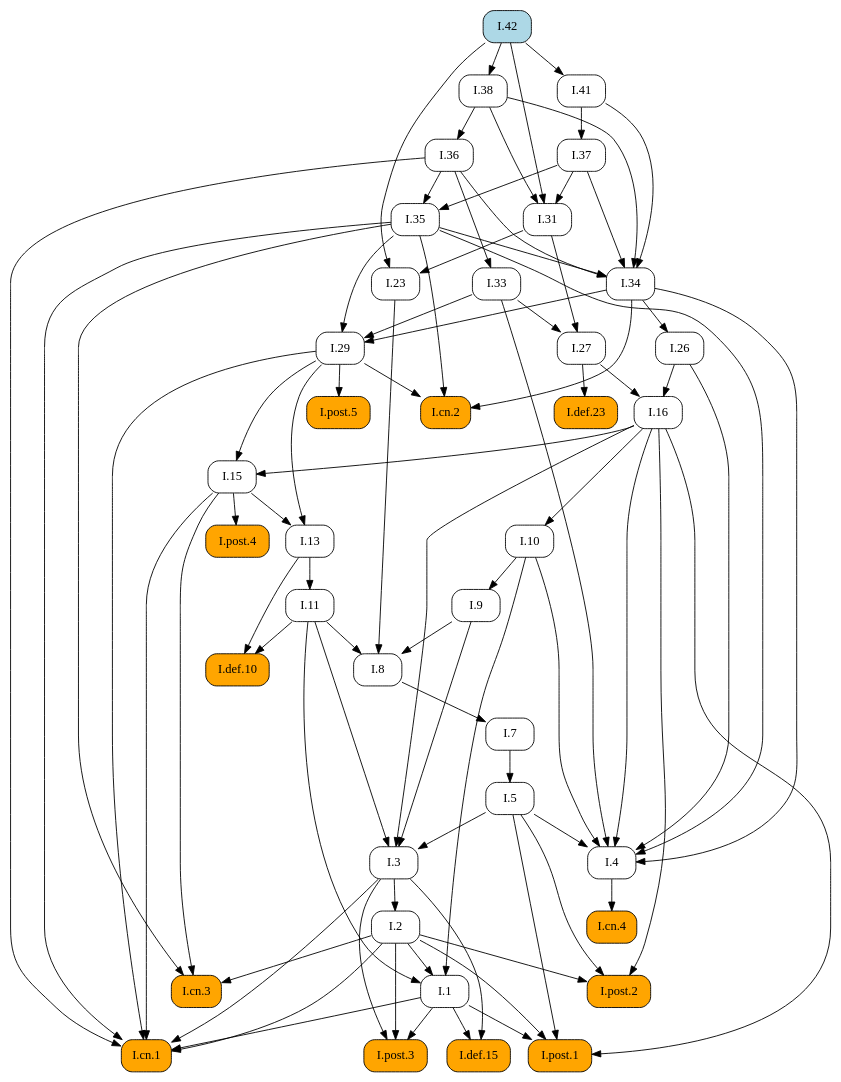
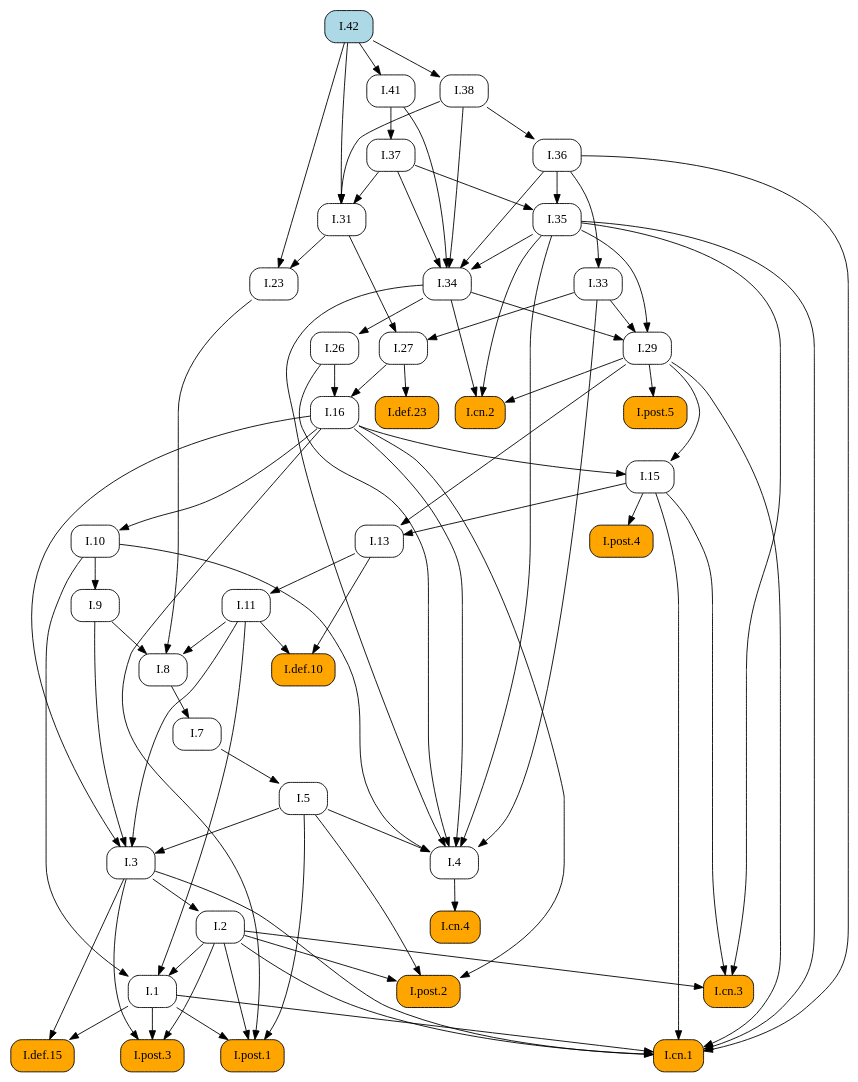
One commit to geometor/elements changed the diagram in docsrc/elements2/I/42/index.rst. Above: the diagram before and after it, drawn with Graphviz. The commit also changed other lines of this file and 409 other files, not shown here.

First line of the commit message:
feat: Add image cropping and graphic extraction script

```diff
--- a/docsrc/elements2/I/42/index.rst
+++ b/docsrc/elements2/I/42/index.rst
@@ -42,85 +42,56 @@
    digraph {
      rankdir="TB";
      node [shape=box, style=rounded];
+     "I.37" [URL="/elements2/I/37/", target="_top"];
+     "I.31" [URL="/elements2/I/31/", target="_top"];
+     "I.41" [URL="/elements2/I/41/", target="_top"];
      "I.8" [URL="/elements2/I/8/", target="_top"];
+     "I.5" [URL="/elements2/I/5/", target="_top"];
+     "I.15" [URL="/elements2/I/15/", target="_top"];
+     "I.26" [URL="/elements2/I/26/", target="_top"];
+     "I.cn.1" [style="rounded,filled", fillcolor=orange, URL="/elements2/I/cn.1/", target="_top"];
+     "I.7" [URL="/elements2/I/7/", target="_top"];
+     "I.23" [URL="/elements2/I/23/", target="_top"];
+     "I.16" [URL="/elements2/I/16/", target="_top"];
+     "I.35" [URL="/elements2/I/35/", target="_top"];
+     "I.34" [URL="/elements2/I/34/", target="_top"];
+     "I.33" [URL="/elements2/I/33/", target="_top"];
+     "I.def.15" [style="rounded,filled", fillcolor=orange, URL="/elements2/I/def.15/", target="_top"];
+     "I.42" [style="rounded,filled", fillcolor=lightblue, URL="/elements2/I/42/", target="_top"];
+     "I.38" [URL="/elements2/I/38/", target="_top"];
+     "I.post.4" [style="rounded,filled", fillcolor=orange, URL="/elements2/I/post.4/", target="_top"];
+     "I.def.23" [style="rounded,filled", fillcolor=orange, URL="/elements2/I/def.23/", target="_top"];
+     "I.11" [URL="/elements2/I/11/", target="_top"];
+     "I.def.10" [style="rounded,filled", fillcolor=orange, URL="/elements2/I/def.10/", target="_top"];
+     "I.post.5" [style="rounded,filled", fillcolor=orange, URL="/elements2/I/post.5/", target="_top"];
+     "I.3" [URL="/elements2/I/3/", target="_top"];
+     "I.10" [URL="/elements2/I/10/", target="_top"];
+     "I.cn.3" [style="rounded,filled", fillcolor=orange, URL="/elements2/I/cn.3/", target="_top"];
+     "I.13" [URL="/elements2/I/13/", target="_top"];
+     "I.4" [URL="/elements2/I/4/", target="_top"];
+     "I.post.3" [style="rounded,filled", fillcolor=orange, URL="/elements2/I/post.3/", target="_top"];
+     "I.9" [URL="/elements2/I/9/", target="_top"];
+     "I.29" [URL="/elements2/I/29/", target="_top"];
      "I.36" [URL="/elements2/I/36/", target="_top"];
      "I.post.1" [style="rounded,filled", fillcolor=orange, URL="/elements2/I/post.1/", target="_top"];
-     "I.33" [URL="/elements2/I/33/", target="_top"];
-     "I.5" [URL="/elements2/I/5/", target="_top"];
-     "I.38" [URL="/elements2/I/38/", target="_top"];
-     "I.post.5" [style="rounded,filled", fillcolor=orange, URL="/elements2/I/post.5/", target="_top"];
-     "I.def.10" [style="rounded,filled", fillcolor=orange, URL="/elements2/I/def.10/", target="_top"];
-     "I.cn.2" [style="rounded,filled", fillcolor=orange, URL="/elements2/I/cn.2/", target="_top"];
-     "I.def.15" [style="rounded,filled", fillcolor=orange, URL="/elements2/I/def.15/", target="_top"];
-     "I.31" [URL="/elements2/I/31/", target="_top"];
-     "I.11" [URL="/elements2/I/11/", target="_top"];
-     "I.3" [URL="/elements2/I/3/", target="_top"];
-     "I.def.23" [style="rounded,filled", fillcolor=orange, URL="/elements2/I/def.23/", target="_top"];
-     "I.post.2" [style="rounded,filled", fillcolor=orange, URL="/elements2/I/post.2/", target="_top"];
-     "I.26" [URL="/elements2/I/26/", target="_top"];
-     "I.cn.3" [style="rounded,filled", fillcolor=orange, URL="/elements2/I/cn.3/", target="_top"];
-     "I.cn.4" [style="rounded,filled", fillcolor=orange, URL="/elements2/I/cn.4/", target="_top"];
-     "I.1" [URL="/elements2/I/1/", target="_top"];
-     "I.7" [URL="/elements2/I/7/", target="_top"];
-     "I.42" [style="rounded,filled", fillcolor=lightblue, URL="/elements2/I/42/", target="_top"];
-     "I.9" [URL="/elements2/I/9/", target="_top"];
-     "I.cn.1" [style="rounded,filled", fillcolor=orange, URL="/elements2/I/cn.1/", target="_top"];
-     "I.29" [URL="/elements2/I/29/", target="_top"];
-     "I.16" [URL="/elements2/I/16/", target="_top"];
-     "I.post.4" [style="rounded,filled", fillcolor=orange, URL="/elements2/I/post.4/", target="_top"];
-     "I.13" [URL="/elements2/I/13/", target="_top"];
-     "I.41" [URL="/elements2/I/41/", target="_top"];
-     "I.35" [URL="/elements2/I/35/", target="_top"];
      "I.2" [URL="/elements2/I/2/", target="_top"];
      "I.27" [URL="/elements2/I/27/", target="_top"];
-     "I.37" [URL="/elements2/I/37/", target="_top"];
-     "I.4" [URL="/elements2/I/4/", target="_top"];
-     "I.10" [URL="/elements2/I/10/", target="_top"];
-     "I.15" [URL="/elements2/I/15/", target="_top"];
-     "I.34" [URL="/elements2/I/34/", target="_top"];
-     "I.23" [URL="/elements2/I/23/", target="_top"];
-     "I.post.3" [style="rounded,filled", fillcolor=orange, URL="/elements2/I/post.3/", target="_top"];
+     "I.cn.4" [style="rounded,filled", fillcolor=orange, URL="/elements2/I/cn.4/", target="_top"];
+     "I.cn.2" [style="rounded,filled", fillcolor=orange, URL="/elements2/I/cn.2/", target="_top"];
+     "I.1" [URL="/elements2/I/1/", target="_top"];
+     "I.post.2" [style="rounded,filled", fillcolor=orange, URL="/elements2/I/post.2/", target="_top"];
+     "I.41" -> "I.37";
+     "I.37" -> "I.31";
+     "I.38" -> "I.31";
+     "I.42" -> "I.31";
+     "I.42" -> "I.41";
      "I.9" -> "I.8";
      "I.11" -> "I.8";
      "I.23" -> "I.8";
-     "I.38" -> "I.36";
-     "I.1" -> "I.post.1";
-     "I.2" -> "I.post.1";
-     "I.5" -> "I.post.1";
-     "I.16" -> "I.post.1";
-     "I.36" -> "I.33";
      "I.7" -> "I.5";
-     "I.42" -> "I.38";
-     "I.29" -> "I.post.5";
-     "I.11" -> "I.def.10";
-     "I.13" -> "I.def.10";
-     "I.29" -> "I.cn.2";
-     "I.34" -> "I.cn.2";
-     "I.35" -> "I.cn.2";
-     "I.1" -> "I.def.15";
-     "I.3" -> "I.def.15";
-     "I.37" -> "I.31";
-     "I.38" -> "I.31";
-     "I.42" -> "I.31";
-     "I.13" -> "I.11";
-     "I.5" -> "I.3";
-     "I.9" -> "I.3";
-     "I.11" -> "I.3";
-     "I.16" -> "I.3";
-     "I.27" -> "I.def.23";
-     "I.2" -> "I.post.2";
-     "I.5" -> "I.post.2";
-     "I.16" -> "I.post.2";
+     "I.16" -> "I.15";
+     "I.29" -> "I.15";
      "I.34" -> "I.26";
-     "I.2" -> "I.cn.3";
-     "I.15" -> "I.cn.3";
-     "I.35" -> "I.cn.3";
-     "I.4" -> "I.cn.4";
-     "I.2" -> "I.1";
-     "I.10" -> "I.1";
-     "I.11" -> "I.1";
-     "I.8" -> "I.7";
-     "I.10" -> "I.9";
      "I.1" -> "I.cn.1";
      "I.2" -> "I.cn.1";
      "I.3" -> "I.cn.1";
@@ -128,21 +99,38 @@
      "I.29" -> "I.cn.1";
      "I.35" -> "I.cn.1";
      "I.36" -> "I.cn.1";
-     "I.33" -> "I.29";
-     "I.34" -> "I.29";
-     "I.35" -> "I.29";
+     "I.8" -> "I.7";
+     "I.31" -> "I.23";
+     "I.42" -> "I.23";
      "I.26" -> "I.16";
      "I.27" -> "I.16";
+     "I.36" -> "I.35";
+     "I.37" -> "I.35";
+     "I.35" -> "I.34";
+     "I.36" -> "I.34";
+     "I.37" -> "I.34";
+     "I.38" -> "I.34";
+     "I.41" -> "I.34";
+     "I.36" -> "I.33";
+     "I.1" -> "I.def.15";
+     "I.3" -> "I.def.15";
+     "I.42" -> "I.38";
      "I.15" -> "I.post.4";
+     "I.27" -> "I.def.23";
+     "I.13" -> "I.11";
+     "I.11" -> "I.def.10";
+     "I.13" -> "I.def.10";
+     "I.29" -> "I.post.5";
+     "I.5" -> "I.3";
+     "I.9" -> "I.3";
+     "I.11" -> "I.3";
+     "I.16" -> "I.3";
+     "I.16" -> "I.10";
+     "I.2" -> "I.cn.3";
+     "I.15" -> "I.cn.3";
+     "I.35" -> "I.cn.3";
      "I.15" -> "I.13";
      "I.29" -> "I.13";
-     "I.42" -> "I.41";
-     "I.36" -> "I.35";
-     "I.37" -> "I.35";
-     "I.3" -> "I.2";
-     "I.31" -> "I.27";
-     "I.33" -> "I.27";
-     "I.41" -> "I.37";
      "I.5" -> "I.4";
      "I.10" -> "I.4";
      "I.16" -> "I.4";
@@ -150,17 +138,29 @@
      "I.33" -> "I.4";
      "I.34" -> "I.4";
      "I.35" -> "I.4";
-     "I.16" -> "I.10";
-     "I.16" -> "I.15";
-     "I.29" -> "I.15";
-     "I.35" -> "I.34";
-     "I.36" -> "I.34";
-     "I.37" -> "I.34";
-     "I.38" -> "I.34";
-     "I.41" -> "I.34";
-     "I.31" -> "I.23";
-     "I.42" -> "I.23";
      "I.1" -> "I.post.3";
      "I.2" -> "I.post.3";
      "I.3" -> "I.post.3";
+     "I.10" -> "I.9";
+     "I.33" -> "I.29";
+     "I.34" -> "I.29";
+     "I.35" -> "I.29";
+     "I.38" -> "I.36";
+     "I.1" -> "I.post.1";
+     "I.2" -> "I.post.1";
+     "I.5" -> "I.post.1";
+     "I.16" -> "I.post.1";
+     "I.3" -> "I.2";
+     "I.31" -> "I.27";
+     "I.33" -> "I.27";
+     "I.4" -> "I.cn.4";
+     "I.29" -> "I.cn.2";
+     "I.34" -> "I.cn.2";
+     "I.35" -> "I.cn.2";
+     "I.2" -> "I.1";
+     "I.10" -> "I.1";
+     "I.11" -> "I.1";
+     "I.2" -> "I.post.2";
+     "I.5" -> "I.post.2";
+     "I.16" -> "I.post.2";
    }
```
